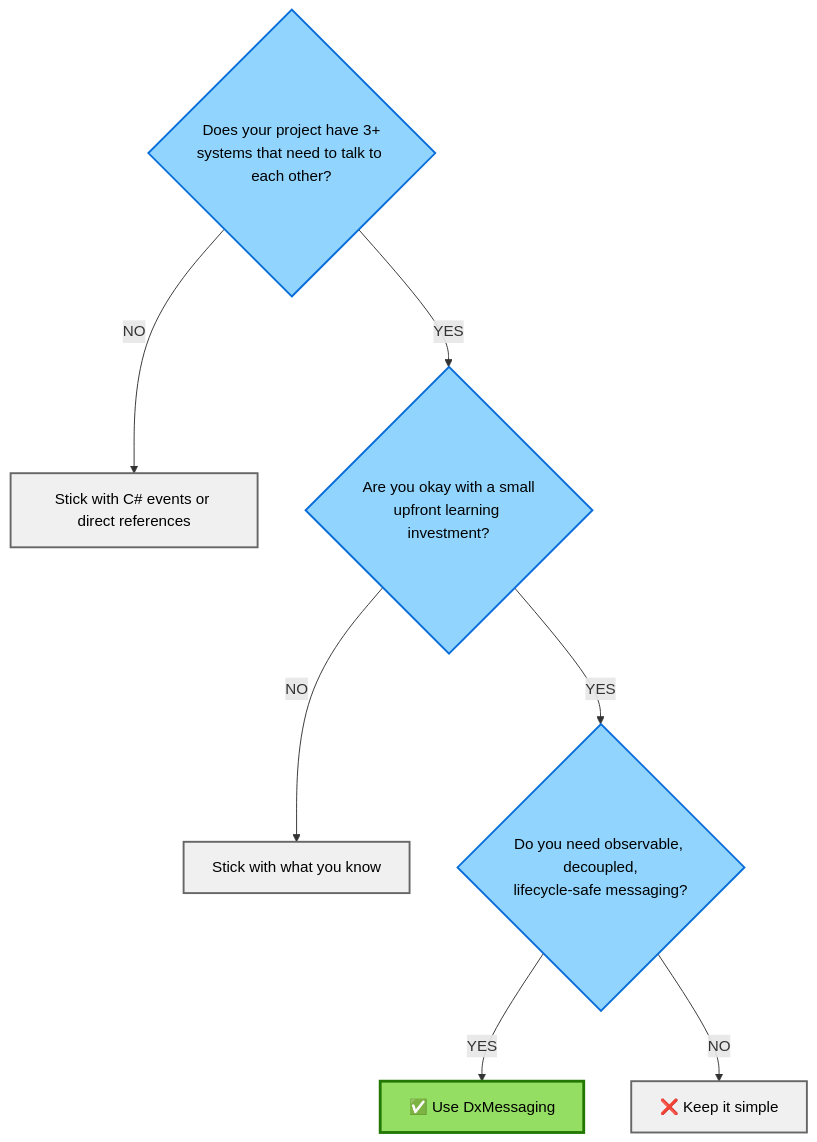
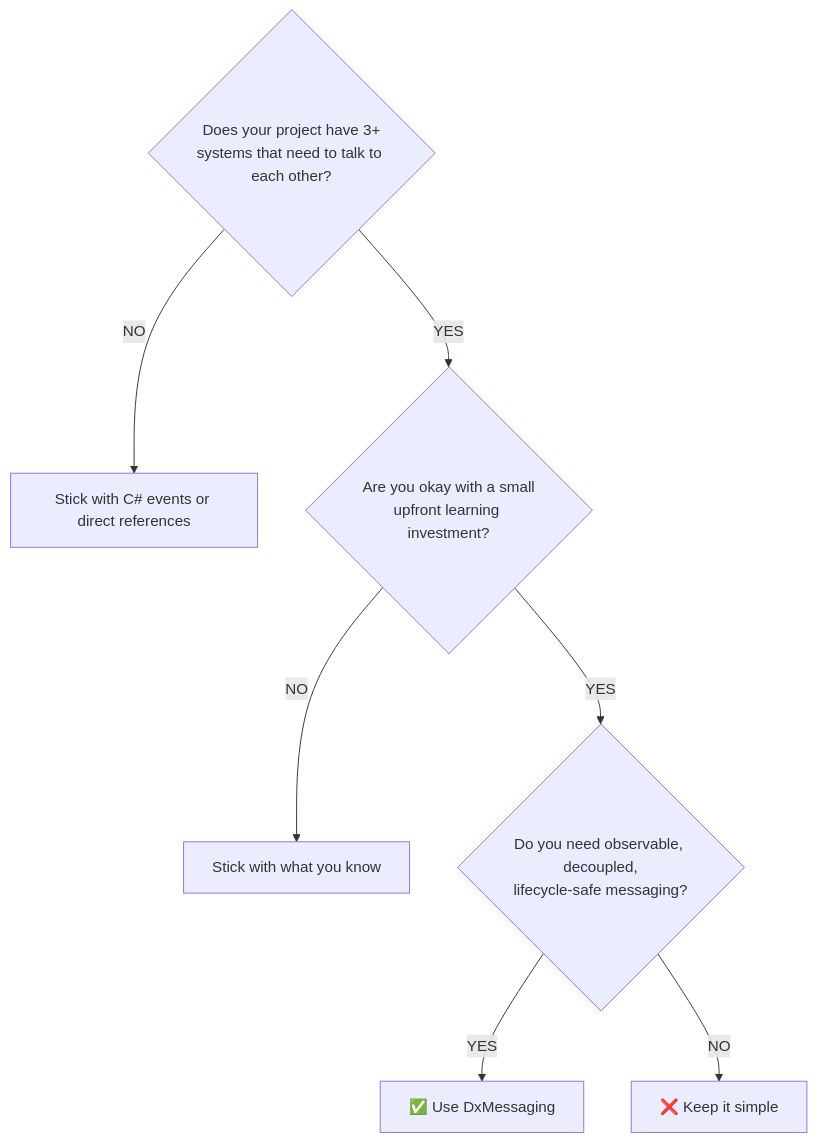
One commit to wallstop/DxMessaging changed the first of 2 diagrams in README.md. Above: the diagram before and after it, drawn with Mermaid. The commit also changed other lines of this file and 54 other files, not shown here.

````diff
--- a/README.md
+++ b/README.md
@@ -221,22 +221,14 @@
 ```mermaid
 flowchart TD
     Q1{Does your project have 3+<br/>systems that need to talk to each other?}
     Q1 -->|NO| A1[Stick with C# events or direct references]
     Q1 -->|YES| Q2
 
     Q2{Are you okay with a small<br/>upfront learning investment?}
     Q2 -->|NO| A2[Stick with what you know]
     Q2 -->|YES| Q3
 
     Q3{Do you need observable, decoupled,<br/>lifecycle-safe messaging?}
     Q3 -->|YES| A3["✅ Use DxMessaging"]
     Q3 -->|NO| A4["❌ Keep it simple"]
-
-    style Q1 fill:#91d5ff,stroke:#096dd9,stroke-width:2px,color:#000
-    style Q2 fill:#91d5ff,stroke:#096dd9,stroke-width:2px,color:#000
-    style Q3 fill:#91d5ff,stroke:#096dd9,stroke-width:2px,color:#000
-    style A1 fill:#f0f0f0,stroke:#666,stroke-width:2px,color:#000
-    style A2 fill:#f0f0f0,stroke:#666,stroke-width:2px,color:#000
-    style A3 fill:#95de64,stroke:#237804,stroke-width:3px,color:#000
-    style A4 fill:#f0f0f0,stroke:#666,stroke-width:2px,color:#000
 ```
````
